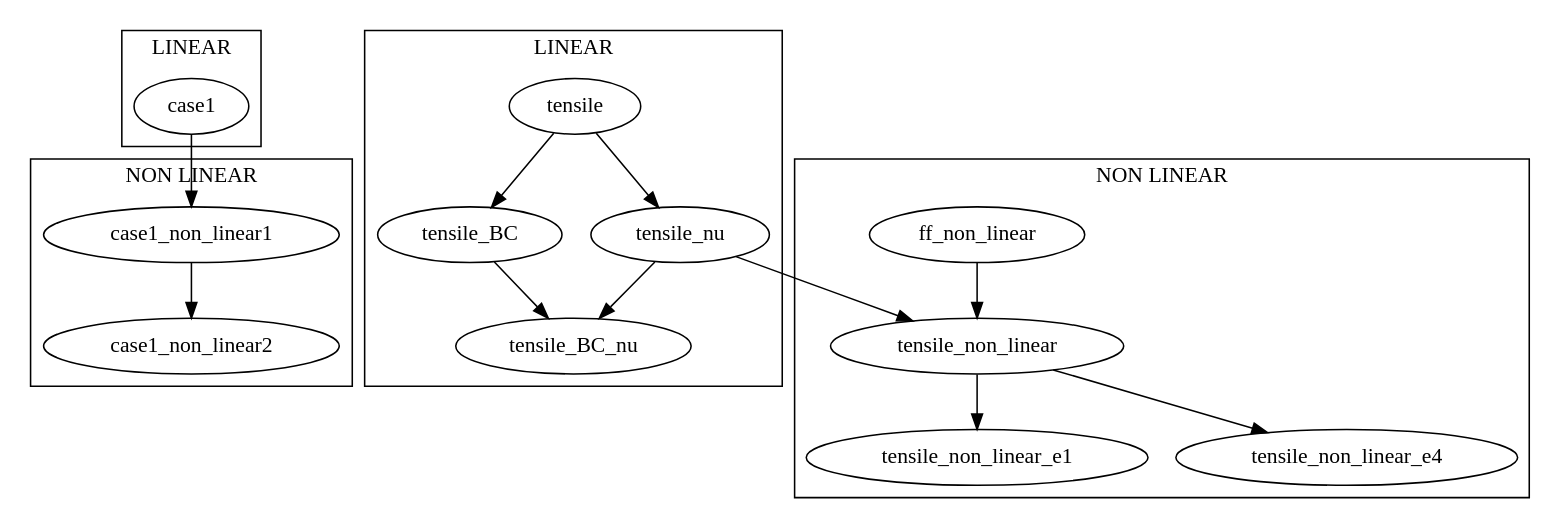
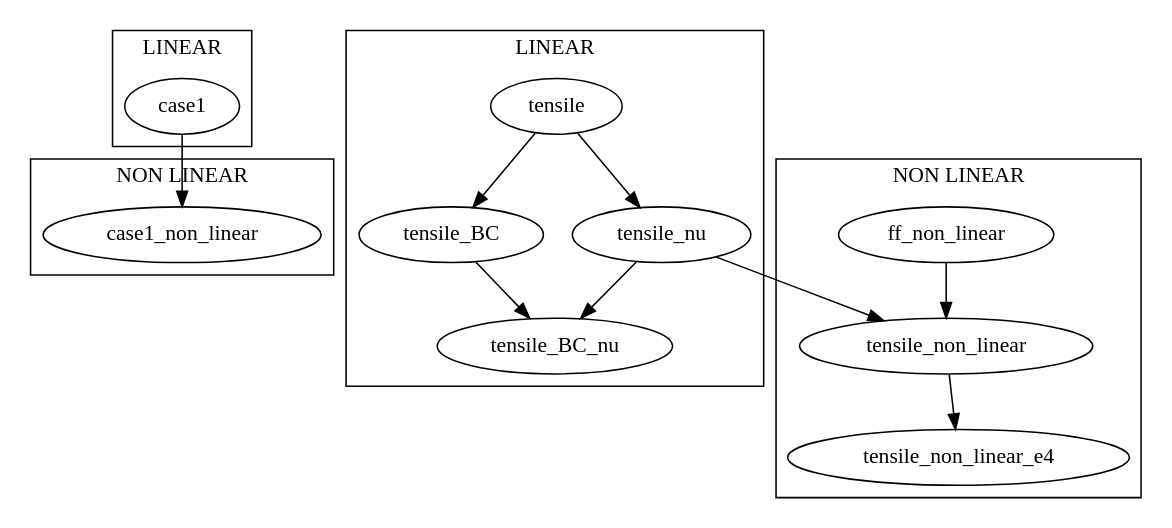
One commit to ManfredNesti/lattice_materials changed the diagram in graph.dot. Above: the diagram before and after it, drawn with Graphviz. The commit also changed 33 other files, not shown here.

```diff
--- a/graph.dot
+++ b/graph.dot
@@ -1,24 +1,23 @@
 digraph G {
   subgraph cluster_case1_linear {
   label="LINEAR"
   case1
   }
 
   subgraph cluster_case1_non_linear {
   label="NON LINEAR"
-  case1 -> case1_non_linear1 -> case1_non_linear2;
+  case1 -> case1_non_linear;
   }
 
   subgraph cluster_linear {
     label="LINEAR"
     tensile -> tensile_BC -> tensile_BC_nu;
     tensile -> tensile_nu -> tensile_BC_nu;
   }
 
   subgraph cluster_non_linear {
     label="NON LINEAR"
     tensile_nu -> tensile_non_linear;
-    ff_non_linear -> tensile_non_linear -> tensile_non_linear_e1;
-    tensile_non_linear -> tensile_non_linear_e4;
+    ff_non_linear -> tensile_non_linear -> tensile_non_linear_e4;
   }
 }
```
